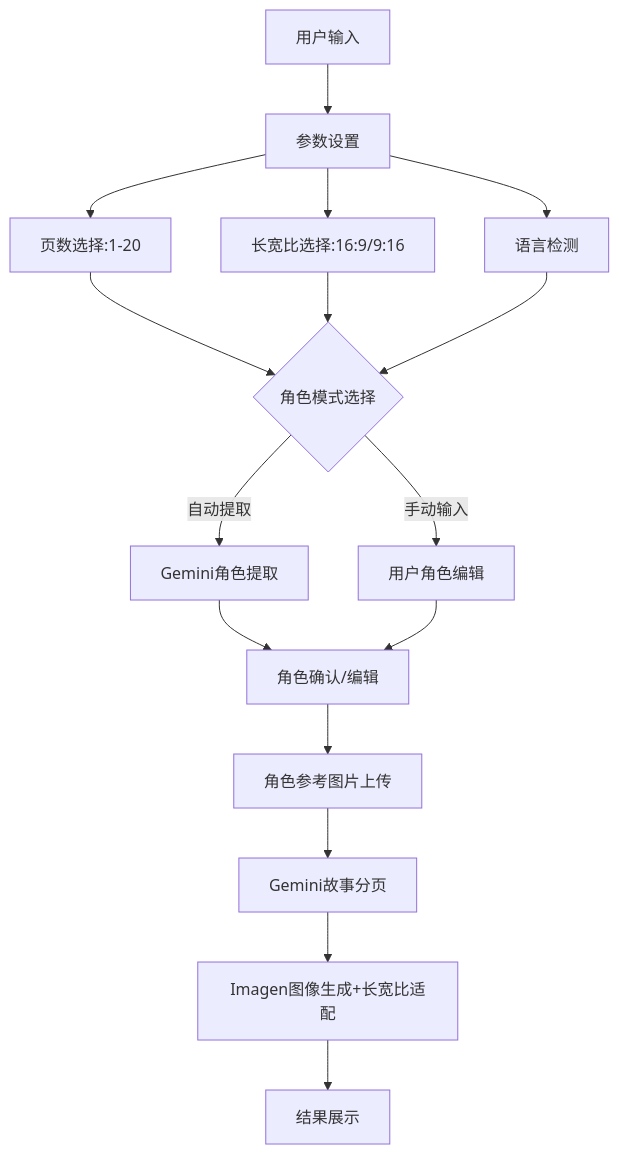
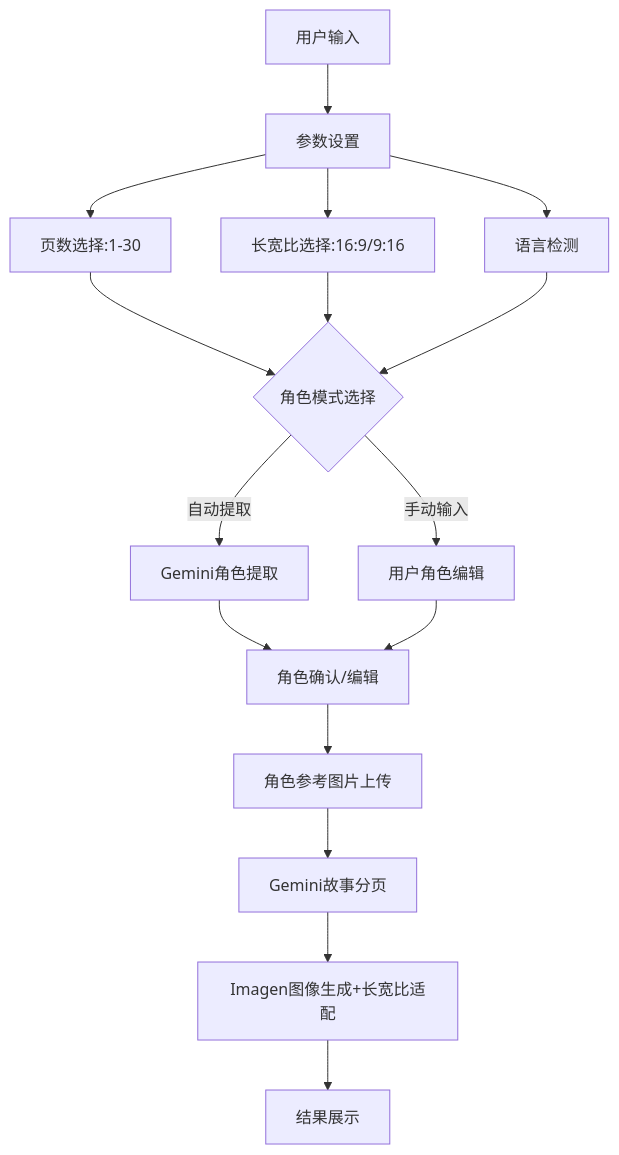
The diagram in progress.md (xiaojiongqian/taledraw-1), drawn with Mermaid before and after one commit. The commit also changed other lines of this file and 17 other files, not shown here.

````diff
--- a/progress.md
+++ b/progress.md
@@ -406,18 +406,18 @@
 ```mermaid
 graph TD
     A[用户输入] --> B[参数设置]
-    B --> B1[页数选择:1-20]
+    B --> B1[页数选择:1-30]
     B --> B2[长宽比选择:16:9/9:16]
     B --> B3[语言检测]
     B1 --> C{角色模式选择}
     B2 --> C
     B3 --> C
     C -->|自动提取| D[Gemini角色提取]
     C -->|手动输入| E[用户角色编辑]
     D --> F[角色确认/编辑]
     E --> F
     F --> G[角色参考图片上传]
     G --> H[Gemini故事分页]
     H --> I[Imagen图像生成+长宽比适配]
     I --> J[结果展示]
 ```
````
